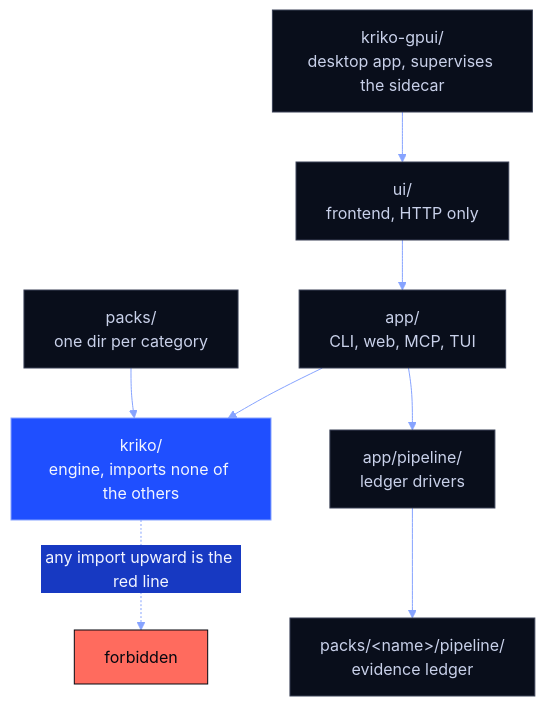
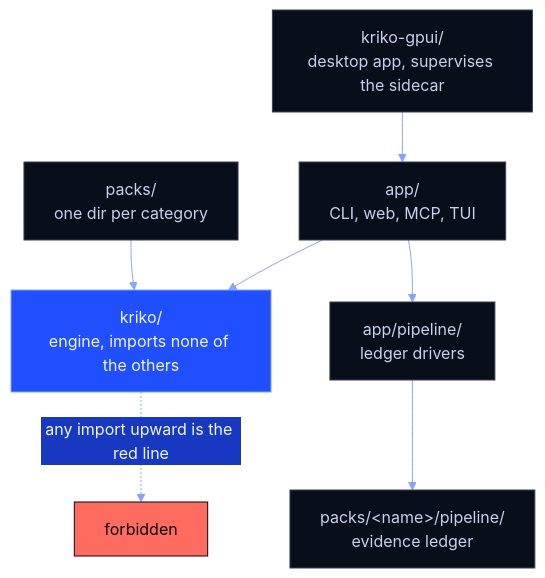
Before and after one commit to Berbadov/kriko: the first of 2 diagrams in docs/ARCHITECTURE.md, drawn with Mermaid. The commit also changed other lines of this file and 359 other files, not shown here.

````diff
--- a/docs/ARCHITECTURE.md
+++ b/docs/ARCHITECTURE.md
@@ -16,19 +16,18 @@
 ```mermaid
 %%{init: {"theme":"base","themeVariables":{"fontFamily":"ui-monospace, SFMono-Regular, Consolas, monospace","primaryColor":"#090E1B","primaryTextColor":"#F2F5FF","primaryBorderColor":"#1F4FFF","lineColor":"#86A3FF","secondaryColor":"#1739C2","tertiaryColor":"#080B16","noteBkgColor":"#BFE4FF","noteTextColor":"#05070F","actorBkg":"#090E1B","actorTextColor":"#F2F5FF","actorBorder":"#1F4FFF","signalColor":"#86A3FF","signalTextColor":"#86A3FF"}}}%%
 flowchart TD
-    GPUI["kriko-gpui/<br/>desktop app, supervises the sidecar"] --> UI
-    UI["ui/<br/>frontend, HTTP only"] --> APP
+    GPUI["kriko-gpui/<br/>desktop app, supervises the sidecar"] --> APP
     APP["app/<br/>CLI, web, MCP, TUI"] --> K
     PACKS["packs/<br/>one dir per category"] --> K
     APP --> PL["app/pipeline/<br/>ledger drivers"]
     PL --> PP["packs/#lt;name#gt;/pipeline/<br/>evidence ledger"]
     K["kriko/<br/>engine, imports none of the others"]
     K -. "any import upward is the red line" .-> BAD["forbidden"]
 
     classDef brand  fill:#1F4FFF,stroke:#86A3FF,color:#F2F5FF
     classDef plain  fill:#090E1B,stroke:#3A4156,color:#C9D1EA
     classDef danger fill:#FF6B5E,stroke:#05070F,color:#05070F
     class K brand
-    class GPUI,UI,APP,PACKS,PL,PP plain
+    class GPUI,APP,PACKS,PL,PP plain
     class BAD danger
 ```
````
